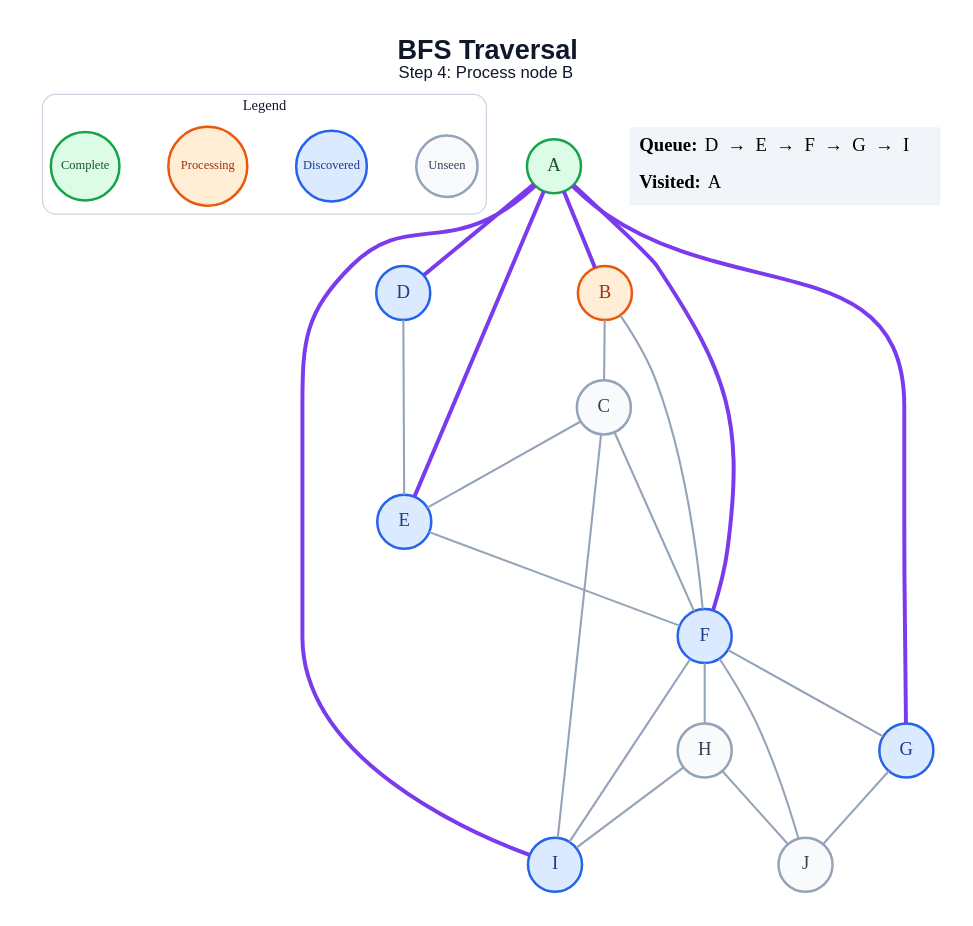
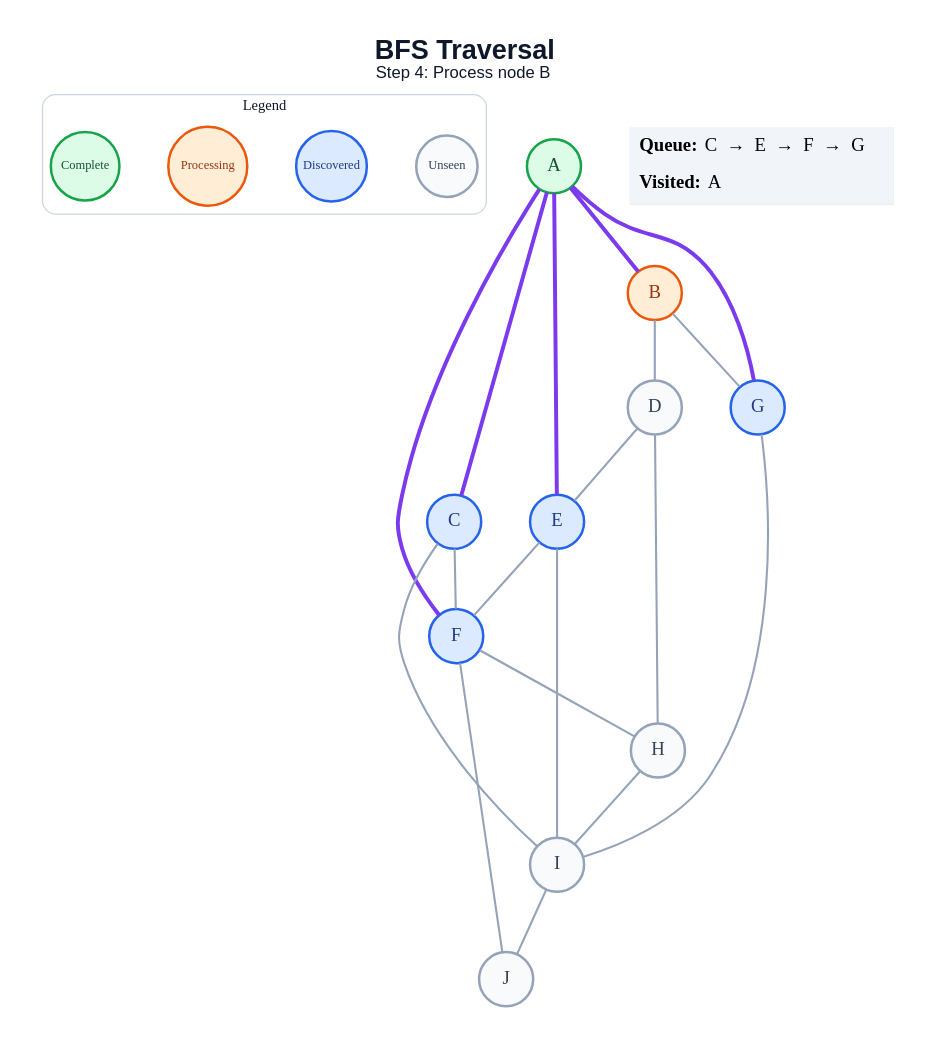
One commit to amanghodawala9/ai-slop changed the diagram in generated/bfs/step_04.dot. Above: the diagram before and after it, drawn with Graphviz. The commit also changed 178 other files, not shown here.

```diff
--- a/generated/bfs/step_04.dot
+++ b/generated/bfs/step_04.dot
@@ -1,49 +1,47 @@
 graph traversal {
   graph [layout=dot, rankdir=TB, bgcolor="#FFFFFF", pad="0.35", nodesep="0.65", ranksep="0.8", fontname="Arial"];
   node [shape=circle, style="filled", fontname="Arial Bold", fontsize=18, width=0.72, fixedsize=true, penwidth=2.4];
   edge [color="#94A3B8", penwidth=2.0];
   label=<<B>BFS Traversal</B><BR/><FONT POINT-SIZE="16">Step 4: Process node B</FONT>>; labelloc="t"; fontsize=26; fontname="Arial"; fontcolor="#0F172A";
   subgraph cluster_legend { label="Legend"; color="#CBD5E1"; penwidth=1.2; style="rounded"; fontsize=14; fontname="Arial Bold";
     key_unseen [label="Unseen", fillcolor="#F8FAFC", color="#94A3B8", fontcolor="#334155", fontsize=12, width=0.82];
     key_frontier [label="Discovered", fillcolor="#DBEAFE", color="#2563EB", fontcolor="#1E3A8A", fontsize=12, width=0.95];
     key_current [label="Processing", fillcolor="#FFEDD5", color="#EA580C", fontcolor="#9A3412", fontsize=12, width=1.05];
     key_done [label="Complete", fillcolor="#DCFCE7", color="#16A34A", fontcolor="#14532D", fontsize=12, width=0.92];
     { rank=same; key_unseen; key_frontier; key_current; key_done; }
   }
   A [fillcolor="#DCFCE7", color="#16A34A", fontcolor="#14532D"];
   B [fillcolor="#FFEDD5", color="#EA580C", fontcolor="#9A3412"];
-  C [fillcolor="#F8FAFC", color="#94A3B8", fontcolor="#334155"];
-  D [fillcolor="#DBEAFE", color="#2563EB", fontcolor="#1E3A8A"];
+  C [fillcolor="#DBEAFE", color="#2563EB", fontcolor="#1E3A8A"];
+  D [fillcolor="#F8FAFC", color="#94A3B8", fontcolor="#334155"];
   E [fillcolor="#DBEAFE", color="#2563EB", fontcolor="#1E3A8A"];
   F [fillcolor="#DBEAFE", color="#2563EB", fontcolor="#1E3A8A"];
   G [fillcolor="#DBEAFE", color="#2563EB", fontcolor="#1E3A8A"];
   H [fillcolor="#F8FAFC", color="#94A3B8", fontcolor="#334155"];
-  I [fillcolor="#DBEAFE", color="#2563EB", fontcolor="#1E3A8A"];
+  I [fillcolor="#F8FAFC", color="#94A3B8", fontcolor="#334155"];
   J [fillcolor="#F8FAFC", color="#94A3B8", fontcolor="#334155"];
   A -- B [color="#7C3AED", penwidth=3.8];
-  A -- D [color="#7C3AED", penwidth=3.8];
+  A -- C [color="#7C3AED", penwidth=3.8];
   A -- E [color="#7C3AED", penwidth=3.8];
   A -- F [color="#7C3AED", penwidth=3.8];
   A -- G [color="#7C3AED", penwidth=3.8];
-  A -- I [color="#7C3AED", penwidth=3.8];
-  B -- C;
-  B -- F;
-  C -- E;
+  B -- D;
+  B -- G;
   C -- F;
   C -- I;
   D -- E;
+  D -- H;
   E -- F;
-  F -- G;
+  E -- I;
   F -- H;
-  F -- I;
   F -- J;
-  G -- J;
+  G -- I;
   H -- I;
-  H -- J;
+  I -- J;
   status [shape=plain, fixedsize=false, width=0, height=0, margin=0, label=<
     <TABLE BORDER="0" CELLBORDER="0" CELLPADDING="7" BGCOLOR="#F1F5F9">
-      <TR><TD ALIGN="LEFT"><B>Queue:</B> D  →  E  →  F  →  G  →  I</TD></TR>
+      <TR><TD ALIGN="LEFT"><B>Queue:</B> C  →  E  →  F  →  G</TD></TR>
       <TR><TD ALIGN="LEFT"><B>Visited:</B> A</TD></TR>
     </TABLE>
   >];
 }
```
